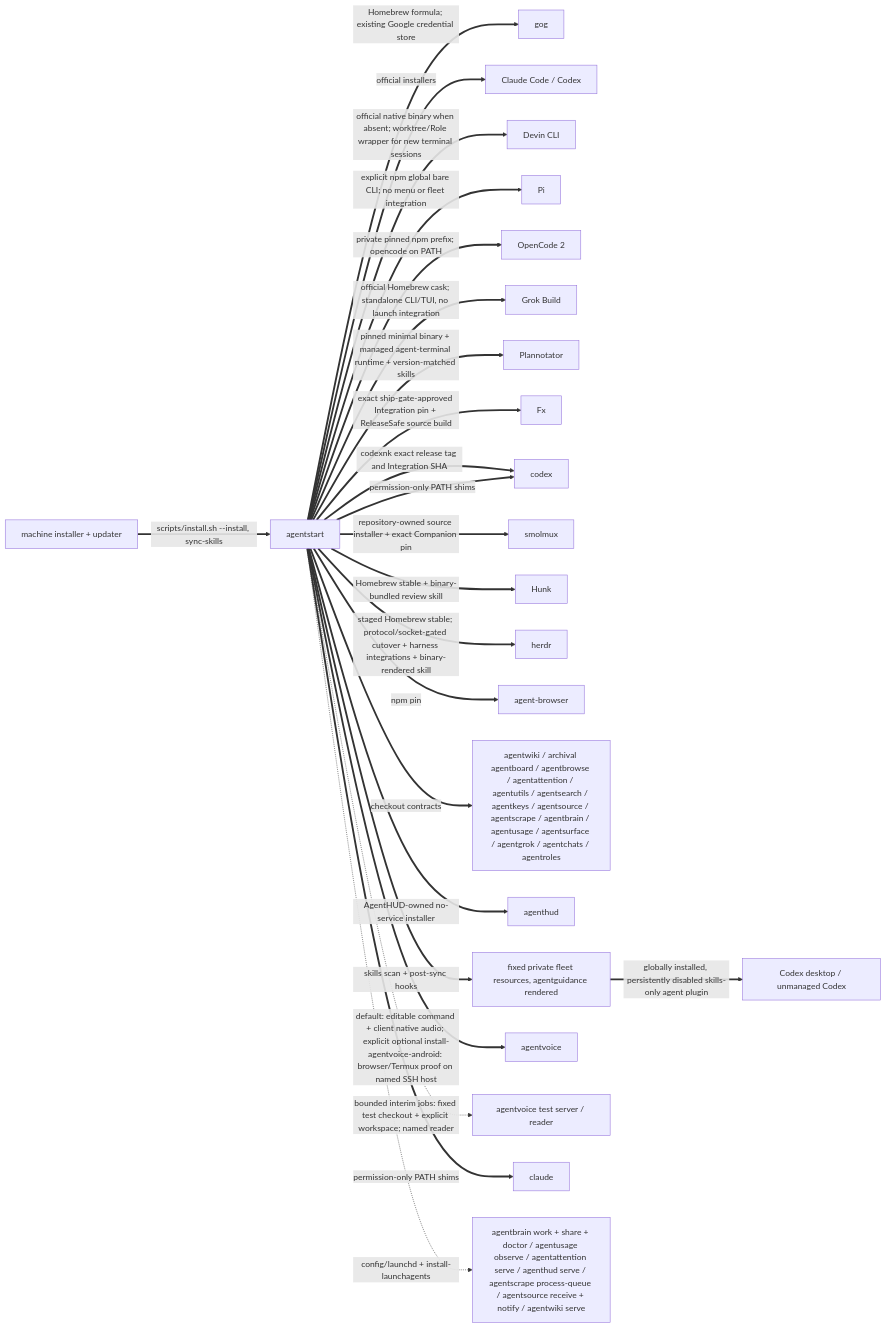
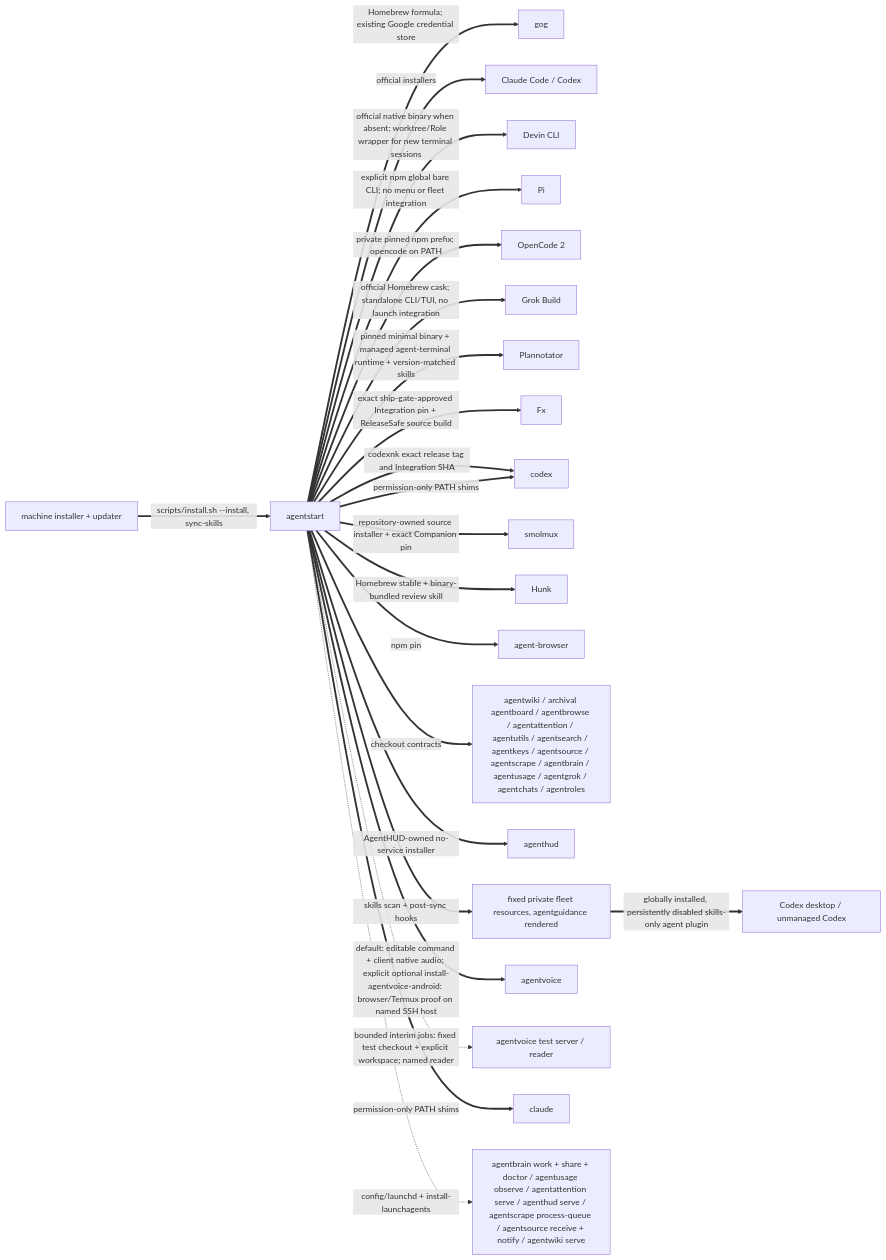
Before and after one commit to possibilities/agentstart: the second of 3 diagrams in skills/fleet/MAP.md, drawn with Mermaid. The commit also changed other lines of this file and 25 other files, not shown here.

Commit message:
Retire Herdr installation and fleet resources

````diff
--- a/skills/fleet/MAP.md
+++ b/skills/fleet/MAP.md
@@ -106,28 +98,27 @@
 ```mermaid
 flowchart LR
     machine[machine installer + updater]
     start[agentstart]
 
     machine ==>|scripts/install.sh --install, sync-skills| start
     start ==>|Homebrew formula; existing Google credential store| gog
     start ==>|official installers| harnesses[Claude Code / Codex]
     start ==>|official native binary when absent; worktree/Role wrapper for new terminal sessions| devin[Devin CLI]
     start ==>|explicit npm global bare CLI; no menu or fleet integration| pi[Pi]
     start ==>|private pinned npm prefix; opencode on PATH| opencode_v2[OpenCode 2]
     start ==>|official Homebrew cask; standalone CLI/TUI, no launch integration| grok[Grok Build]
     start ==>|pinned minimal binary + managed agent-terminal runtime + version-matched skills| plannotator[Plannotator]
     start ==>|exact ship-gate-approved Integration pin + ReleaseSafe source build| fx[Fx]
     start ==>|codexnk exact release tag and Integration SHA| codex
     start ==>|repository-owned source installer + exact Companion pin| smolmuxInstall[smolmux]
     start ==>|Homebrew stable + binary-bundled review skill| hunk[Hunk]
-    start ==>|staged Homebrew stable; protocol/socket-gated cutover + harness integrations + binary-rendered skill| herdrInstall[herdr]
     start ==>|npm pin| browser[agent-browser]
-    start ==>|checkout contracts| fleet[agentwiki / archival agentboard / agentbrowse / agentattention / agentutils / agentsearch / agentkeys / agentsource / agentscrape / agentbrain / agentusage / agentsurface / agentgrok / agentchats / agentroles]
+    start ==>|checkout contracts| fleet[agentwiki / archival agentboard / agentbrowse / agentattention / agentutils / agentsearch / agentkeys / agentsource / agentscrape / agentbrain / agentusage / agentgrok / agentchats / agentroles]
     start ==>|AgentHUD-owned no-service installer| hudInstall[agenthud]
     start ==>|skills scan + post-sync hooks| skills[fixed private fleet resources, agentguidance rendered]
     start ==>|default: editable command + client native audio; explicit optional install-agentvoice-android: browser/Termux proof on named SSH host| voiceInstall[agentvoice]
     start -.->|bounded interim jobs: fixed test checkout + explicit workspace; named reader| voiceTest[agentvoice test server / reader]
     start ==>|permission-only PATH shims| claude & codex
     skills ==>|globally installed, persistently disabled skills-only agent plugin| codexDesktop[Codex desktop / unmanaged Codex]
     start -.->|config/launchd + install-launchagents| services[agentbrain work + share + doctor / agentusage observe / agentattention serve / agenthud serve / agentscrape process-queue / agentsource receive + notify / agentwiki serve]
 ```
````
